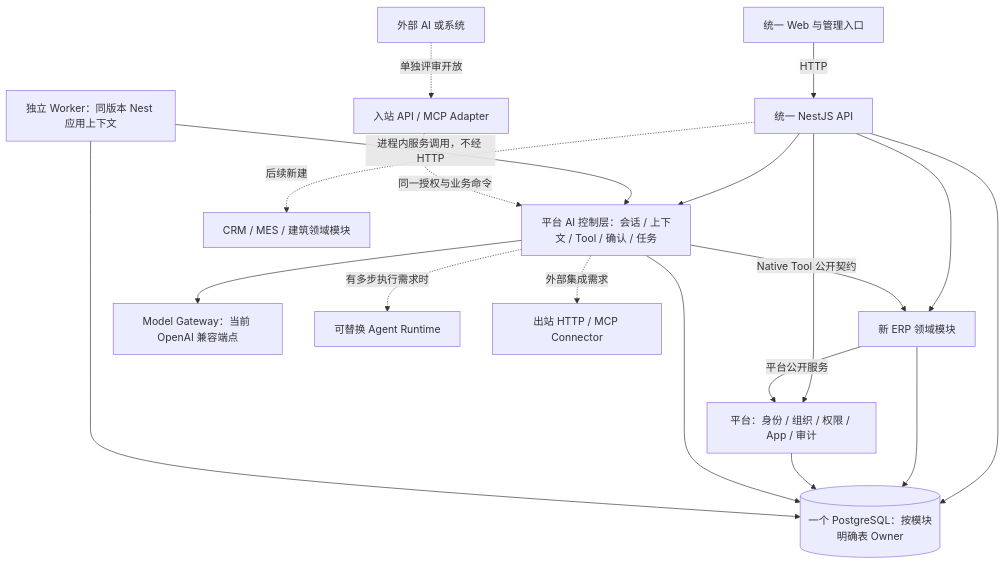
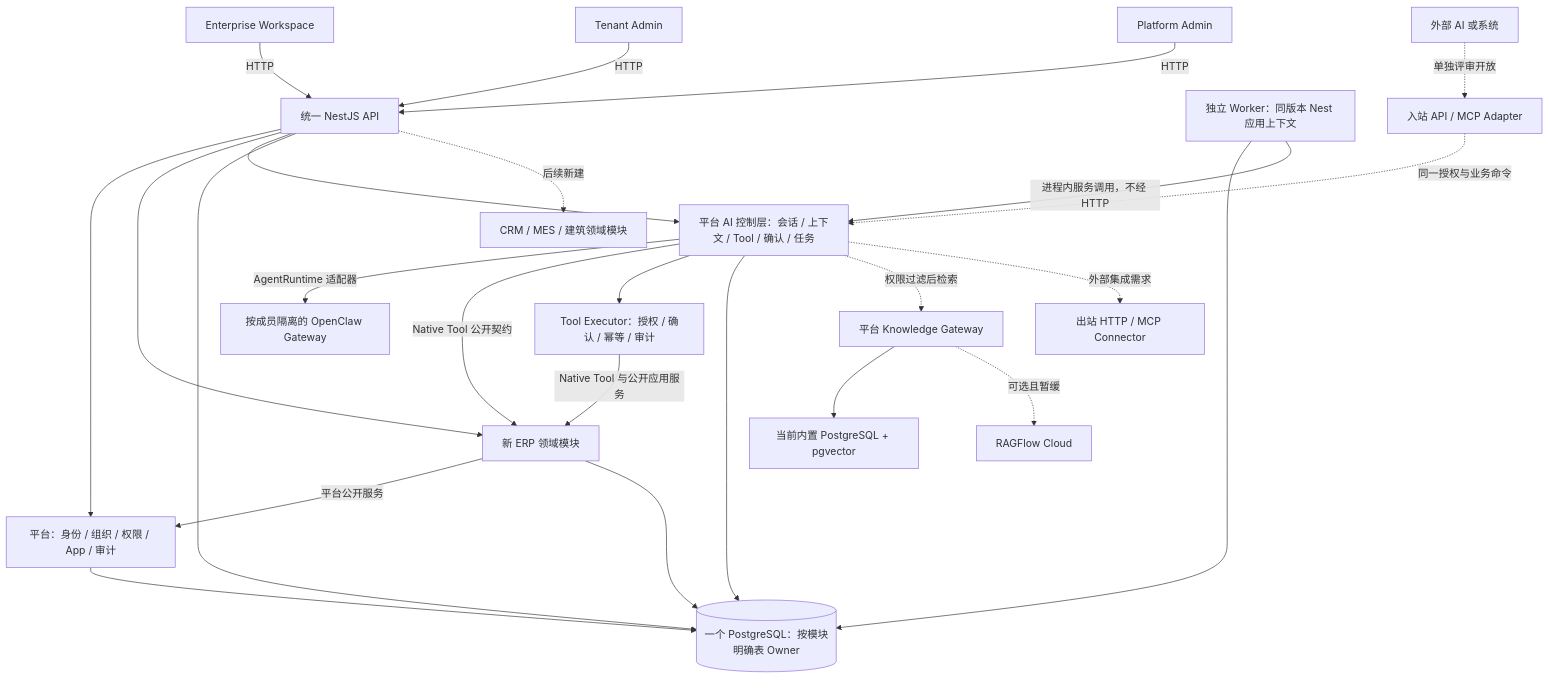
The diagram in docs/ADR-002-AI运行边界与外部协议.md (geyaovip/enterprise-ai-platform), drawn with Mermaid before and after one commit. The commit also changed other lines of this file and 456 other files, not shown here.

Commit message:
feat: sync ERP CRM MES platform, public websites and shared AI UI

````diff
--- a/docs/ADR-002-AI运行边界与外部协议.md
+++ b/docs/ADR-002-AI运行边界与外部协议.md
@@ -18,21 +22,27 @@
 ```mermaid
 flowchart TB
-    WEB[统一 Web 与管理入口] -->|HTTP| API[统一 NestJS API]
+    WEB[Enterprise Workspace] -->|HTTP| API[统一 NestJS API]
+    TA[Tenant Admin] -->|HTTP| API
+    PA[Platform Admin] -->|HTTP| API
     API --> CORE[平台：身份 / 组织 / 权限 / App / 审计]
     API --> ERP[新 ERP 领域模块]
     API --> AI[平台 AI 控制层：会话 / 上下文 / Tool / 确认 / 任务]
-    AI --> MODEL[Model Gateway：当前 OpenAI 兼容端点]
+    AI -->|AgentRuntime 适配器| OC[按成员隔离的 OpenClaw Gateway]
     AI -->|Native Tool 公开契约| ERP
+    AI --> EXEC[Tool Executor：授权 / 确认 / 幂等 / 审计]
+    EXEC -->|Native Tool 与公开应用服务| ERP
     ERP -->|平台公开服务| CORE
     API --> PG[(一个 PostgreSQL：按模块明确表 Owner)]
     ERP --> PG
     CORE --> PG
     AI --> PG
     WORKER[独立 Worker：同版本 Nest 应用上下文] --> PG
     WORKER -->|进程内服务调用，不经 HTTP| AI
     API -. 后续新建 .-> CRM[CRM / MES / 建筑领域模块]
-    AI -. 有多步执行需求时 .-> RUNTIME[可替换 Agent Runtime]
+    AI -. 权限过滤后检索 .-> KE[平台 Knowledge Gateway]
+    KE --> NK[当前内置 PostgreSQL + pgvector]
+    KE -. 可选且暂缓 .-> RF[RAGFlow Cloud]
     AI -. 外部集成需求 .-> OUT[出站 HTTP / MCP Connector]
     EXT[外部 AI 或系统] -. 单独评审开放 .-> IN[入站 API / MCP Adapter]
     IN -. 同一授权与业务命令 .-> AI
 ```
````
